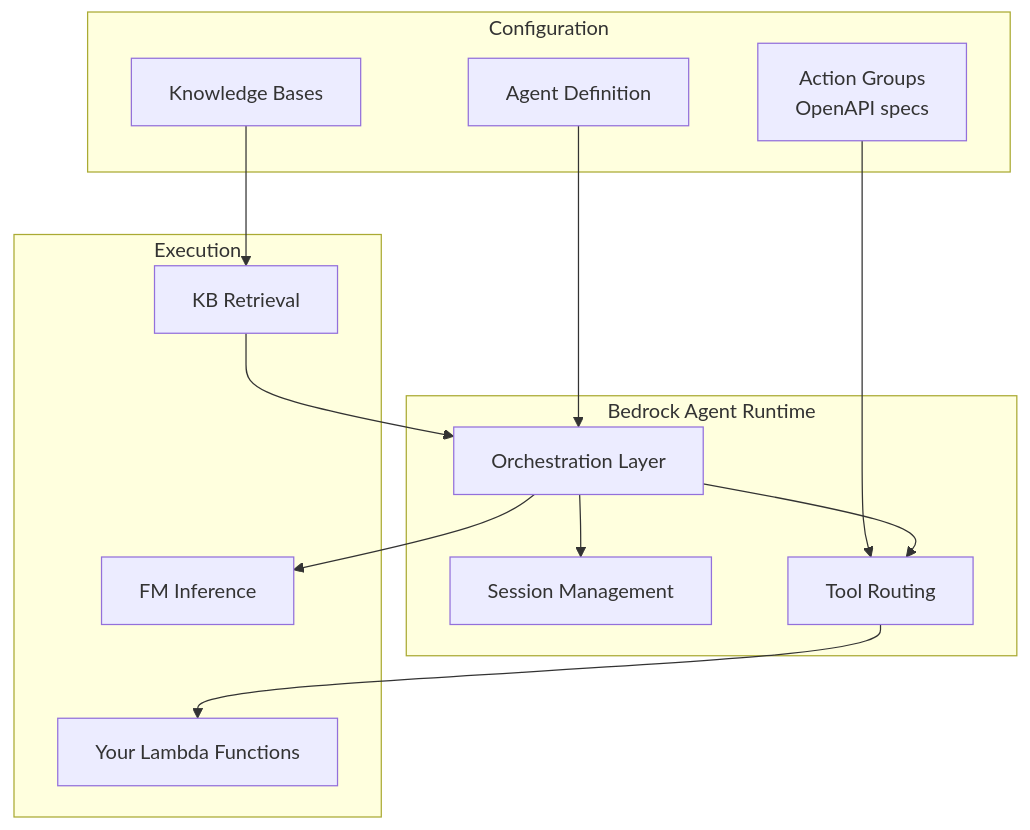
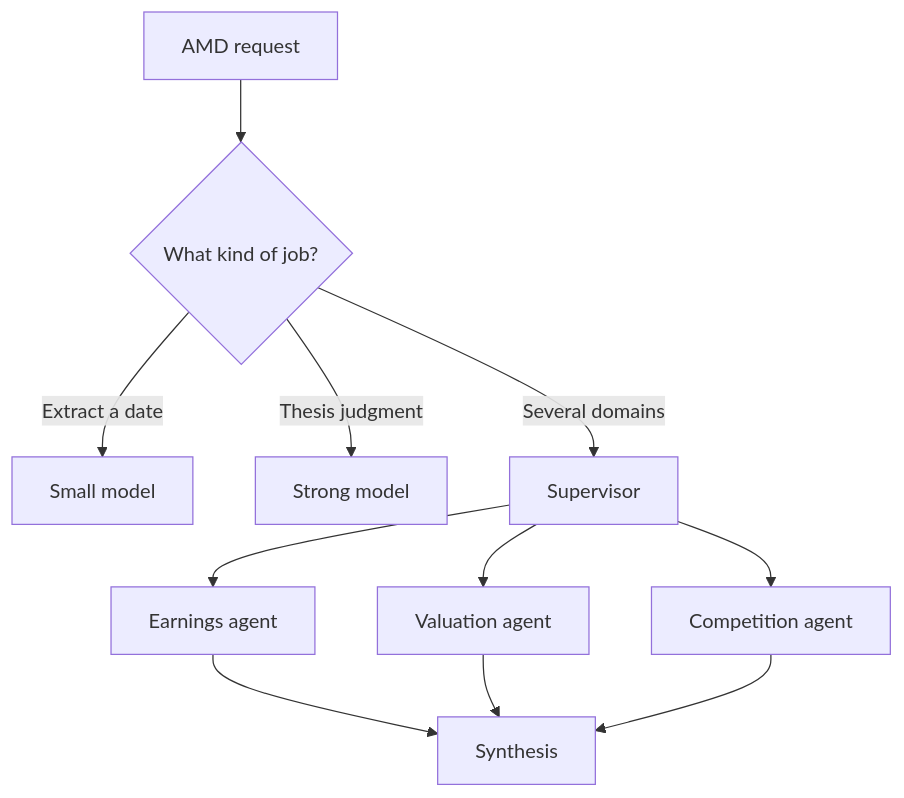
The eighth of 10 diagrams in src/data/content/domain-2/agentic-ai.md (bme3412/aws-ai-developer-redux), drawn with Mermaid before and after one commit. The commit also changed other lines of this file and 58 other files, not shown here.

````diff
--- a/src/data/content/domain-2/agentic-ai.md
+++ b/src/data/content/domain-2/agentic-ai.md
@@ -334,29 +544,13 @@
 ```mermaid
-graph TD
-    subgraph "Configuration"
-        A[Agent Definition]
-        B[Action Groups<br/>OpenAPI specs]
-        C[Knowledge Bases]
-    end
-
-    subgraph "Bedrock Agent Runtime"
-        D[Orchestration Layer]
-        E[Session Management]
-        F[Tool Routing]
-    end
-
-    subgraph "Execution"
-        G[Your Lambda Functions]
-        H[KB Retrieval]
-        I[FM Inference]
-    end
-
-    A --> D
-    B --> F
-    C --> H
-    D --> E
-    D --> F
-    F --> G
-    D --> I
-    H --> D
+flowchart TD
+    Q[AMD request] --> R{What kind of job?}
+    R -->|Extract a date| S[Small model]
+    R -->|Thesis judgment| L[Strong model]
+    R -->|Several domains| Sup[Supervisor]
+    Sup --> E[Earnings agent]
+    Sup --> V[Valuation agent]
+    Sup --> C[Competition agent]
+    E --> Syn[Synthesis]
+    V --> Syn
+    C --> Syn
 ```
````
